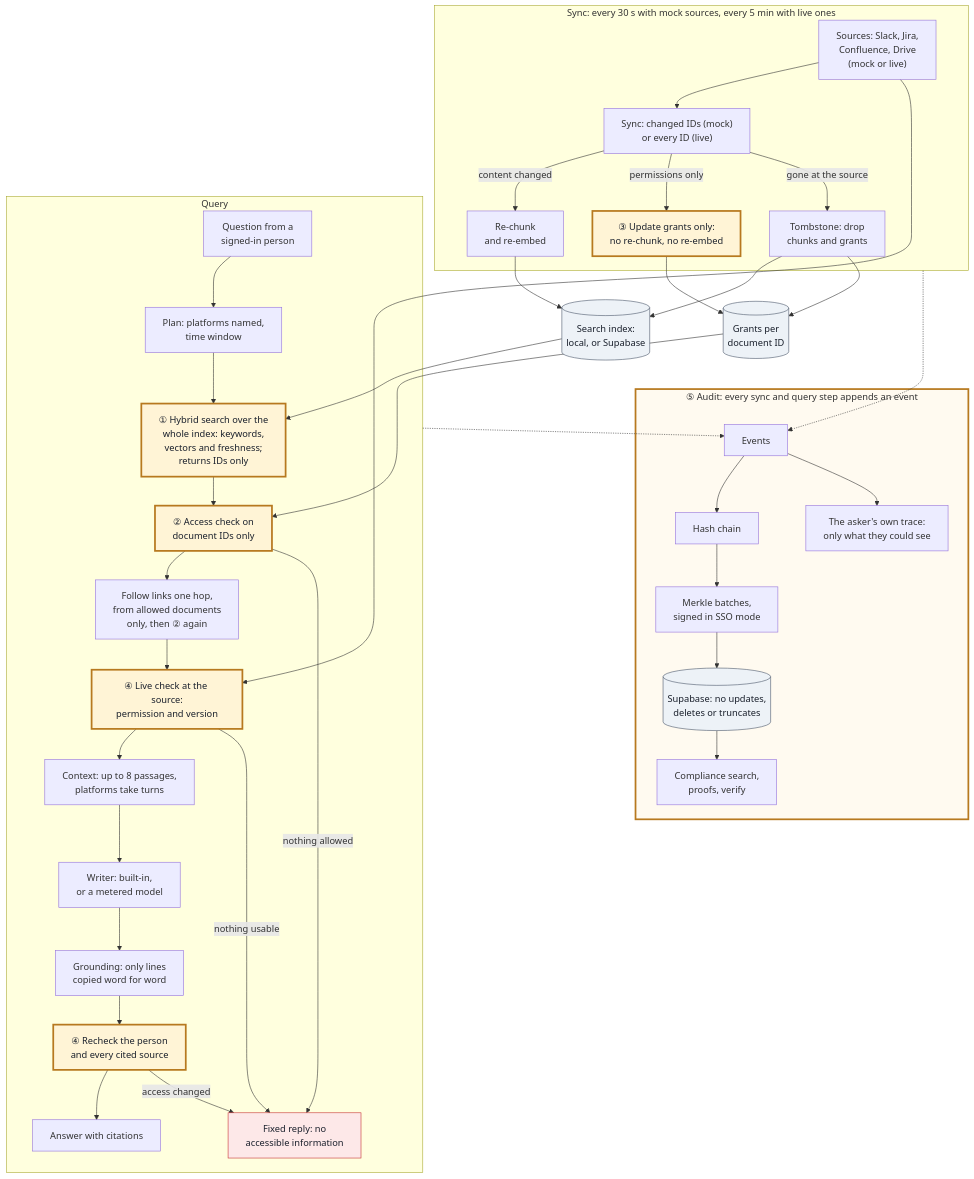
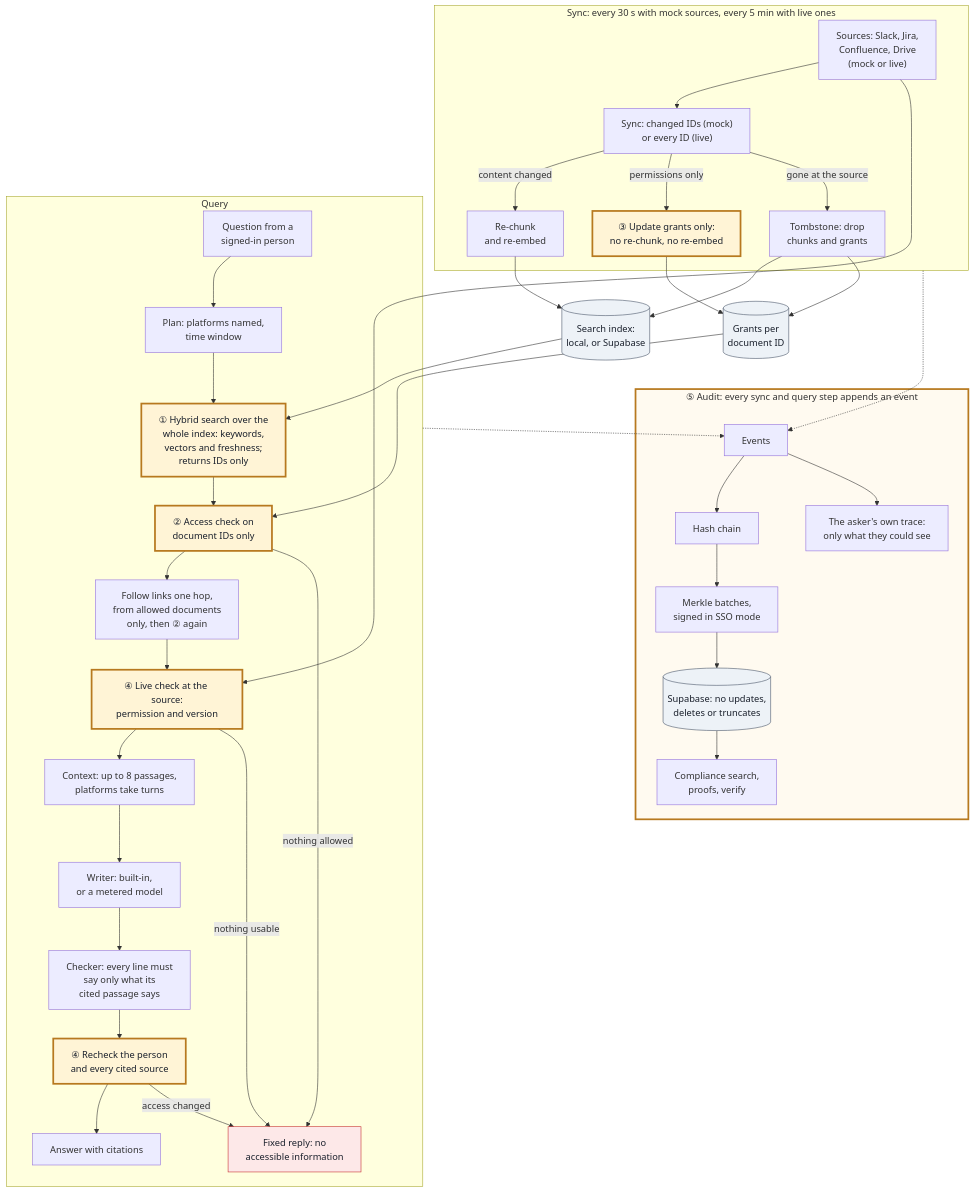
The diagram in docs/architecture.md (Danixjg/Broppy), drawn with Mermaid before and after one commit. The commit also changed other lines of this file and 4 other files, not shown here.

````diff
--- a/docs/architecture.md
+++ b/docs/architecture.md
@@ -39,55 +39,55 @@
 ```mermaid
 flowchart TB
   classDef point fill:#fff4d6,stroke:#b7791f,stroke-width:3px,color:#1a202c
   classDef store fill:#edf2f7,stroke:#4a5568,color:#1a202c
   classDef stop fill:#fde8e8,stroke:#c53030,color:#1a202c
 
   subgraph SyncLane["Sync: every 30 s with mock sources, every 5 min with live ones"]
     Sources["Sources: Slack, Jira,<br/>Confluence, Drive<br/>(mock or live)"] --> Sync["Sync: changed IDs (mock)<br/>or every ID (live)"]
     Sync -->|"content changed"| Rechunk["Re-chunk<br/>and re-embed"]
     Sync -->|"permissions only"| Grants["③ Update grants only:<br/>no re-chunk, no re-embed"]
     Sync -->|"gone at the source"| Tomb["Tombstone: drop<br/>chunks and grants"]
   end
 
   Rechunk --> Index[("Search index:<br/>local, or Supabase")]
   Tomb --> Index
   Grants --> Permissions[("Grants per<br/>document ID")]
   Tomb --> Permissions
 
   subgraph QueryLane["Query"]
     Question["Question from a<br/>signed-in person"] --> Plan["Plan: platforms named,<br/>time window"]
     Plan --> Search["① Hybrid search over the<br/>whole index: keywords,<br/>vectors and freshness;<br/>returns IDs only"]
     Search --> Check["② Access check on<br/>document IDs only"]
     Check --> Links["Follow links one hop,<br/>from allowed documents<br/>only, then ② again"]
     Links --> Live["④ Live check at the source:<br/>permission and version"]
     Live --> Context["Context: up to 8 passages,<br/>platforms take turns"]
     Context --> Writer["Writer: built-in,<br/>or a metered model"]
-    Writer --> Ground["Grounding: only lines<br/>copied word for word"]
+    Writer --> Ground["Checker: every line must<br/>say only what its<br/>cited passage says"]
     Ground --> Recheck["④ Recheck the person<br/>and every cited source"]
     Recheck --> Answer["Answer with citations"]
     Check -->|"nothing allowed"| Fixed["Fixed reply: no<br/>accessible information"]
     Live -->|"nothing usable"| Fixed
     Recheck -->|"access changed"| Fixed
   end
 
   Index --> Search
   Permissions --> Check
   Sources --> Live
 
   subgraph AuditLane["⑤ Audit: every sync and query step appends an event"]
     Events["Events"] --> Chain["Hash chain"]
     Chain --> Merkle["Merkle batches,<br/>signed in SSO mode"]
     Merkle --> Rows[("Supabase: no updates,<br/>deletes or truncates")]
     Rows --> Compliance["Compliance search,<br/>proofs, verify"]
     Events --> Own["The asker's own trace:<br/>only what they could see"]
   end
 
   Permissions ~~~ Events
   SyncLane -.-> Events
   QueryLane -.-> Events
 
   class Search,Check,Grants,Live,Recheck point
   class Index,Permissions,Rows store
   class Fixed stop
   style AuditLane fill:#fffaf0,stroke:#b7791f,stroke-width:3px
 ```
````
